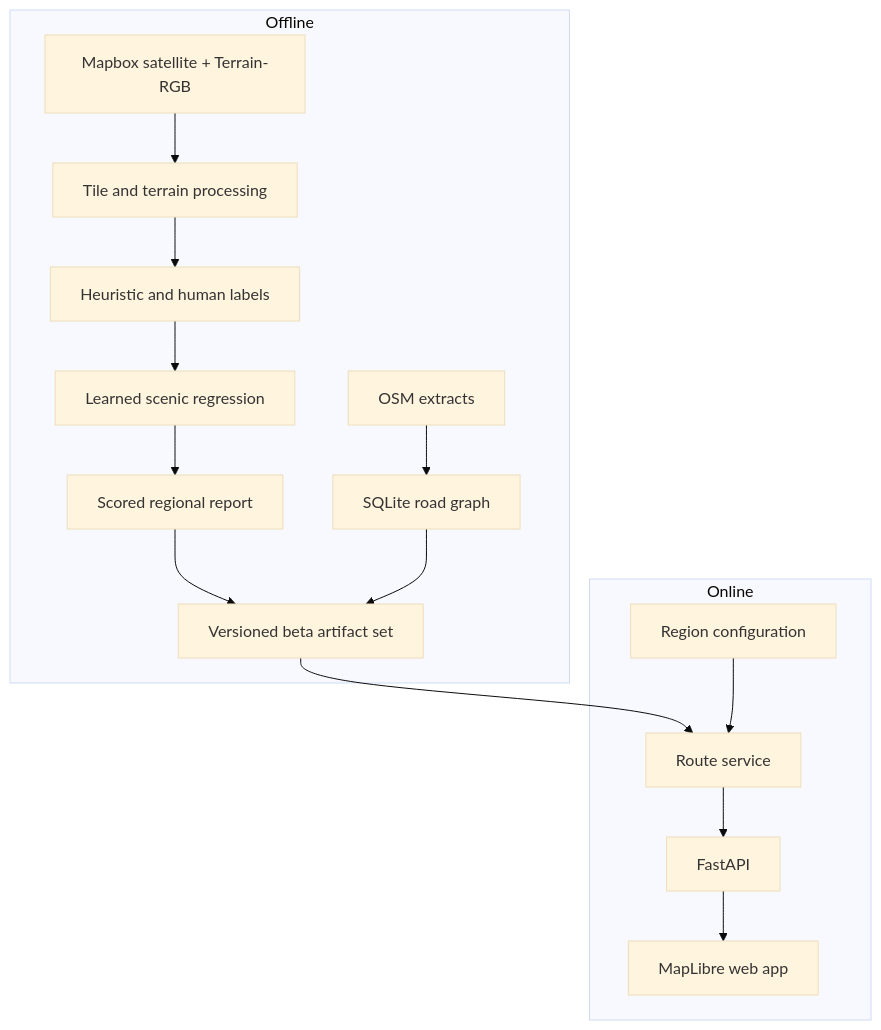
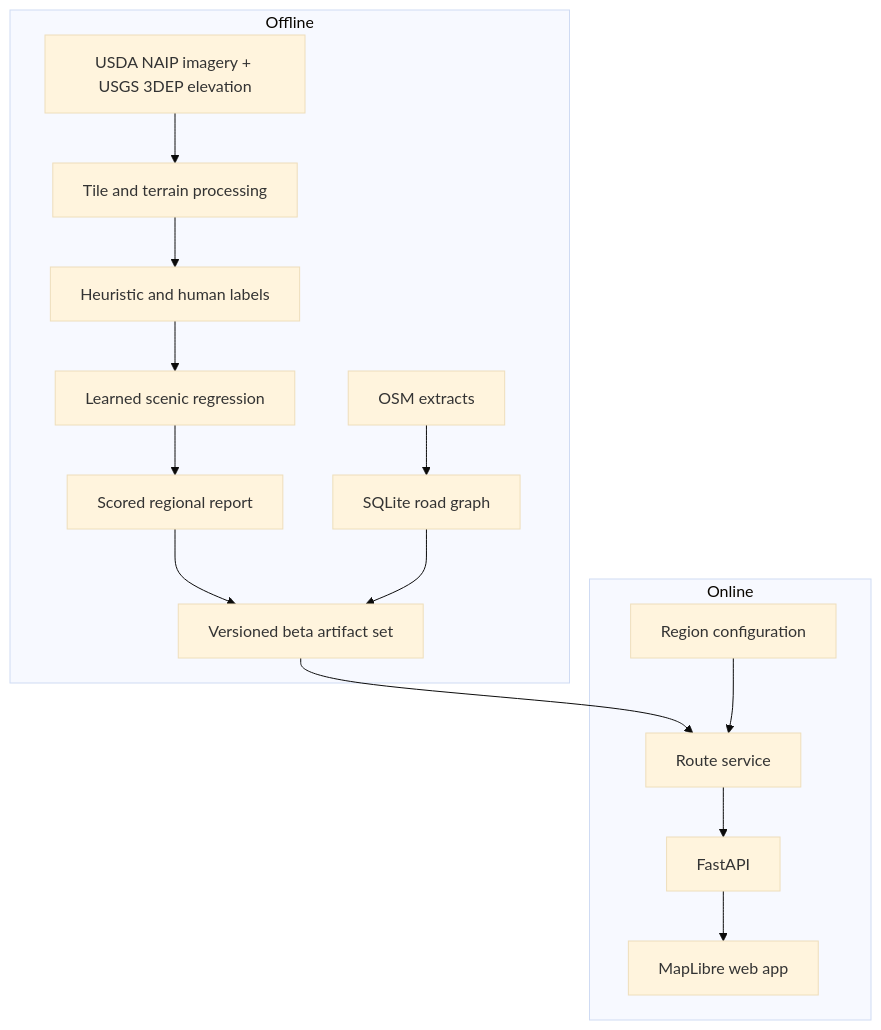
Before and after one commit to ian139/scenicDriver: the diagram in docs/architecture/infrastructure.md, drawn with Mermaid (base theme). The commit also changed 48 other files, not shown here.

Commit message:
Replace Mapbox acquisition with NAIP and 3DEP

````diff
--- a/docs/architecture/infrastructure.md
+++ b/docs/architecture/infrastructure.md
@@ -7,19 +7,19 @@
 ```mermaid
 flowchart TB
     subgraph Offline
-        M[Mapbox satellite + Terrain-RGB] --> T[Tile and terrain processing]
+        M[USDA NAIP imagery + USGS 3DEP elevation] --> T[Tile and terrain processing]
         T --> L[Heuristic and human labels]
         L --> R[Learned scenic regression]
         R --> P[Scored regional report]
         O[OSM extracts] --> G[SQLite road graph]
         P --> A[Versioned beta artifact set]
         G --> A
     end
 
     subgraph Online
         A --> S[Route service]
         C[Region configuration] --> S
         S --> F[FastAPI]
         F --> W[MapLibre web app]
     end
 ```
````
